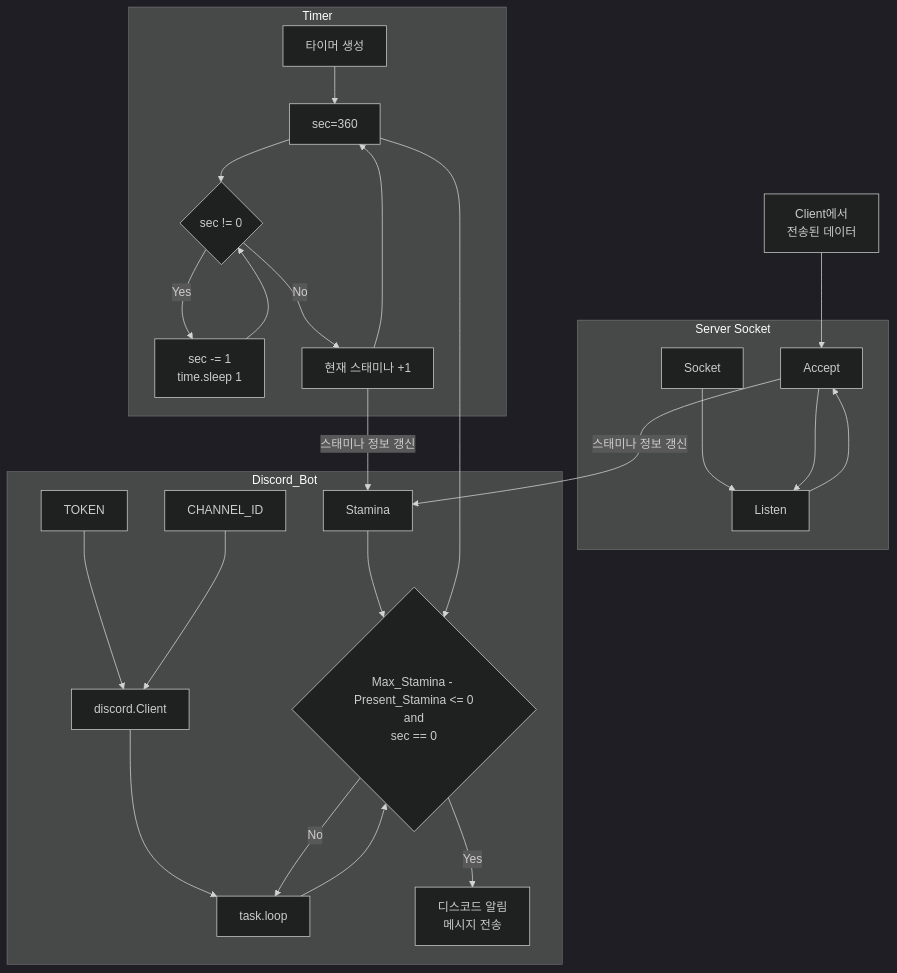
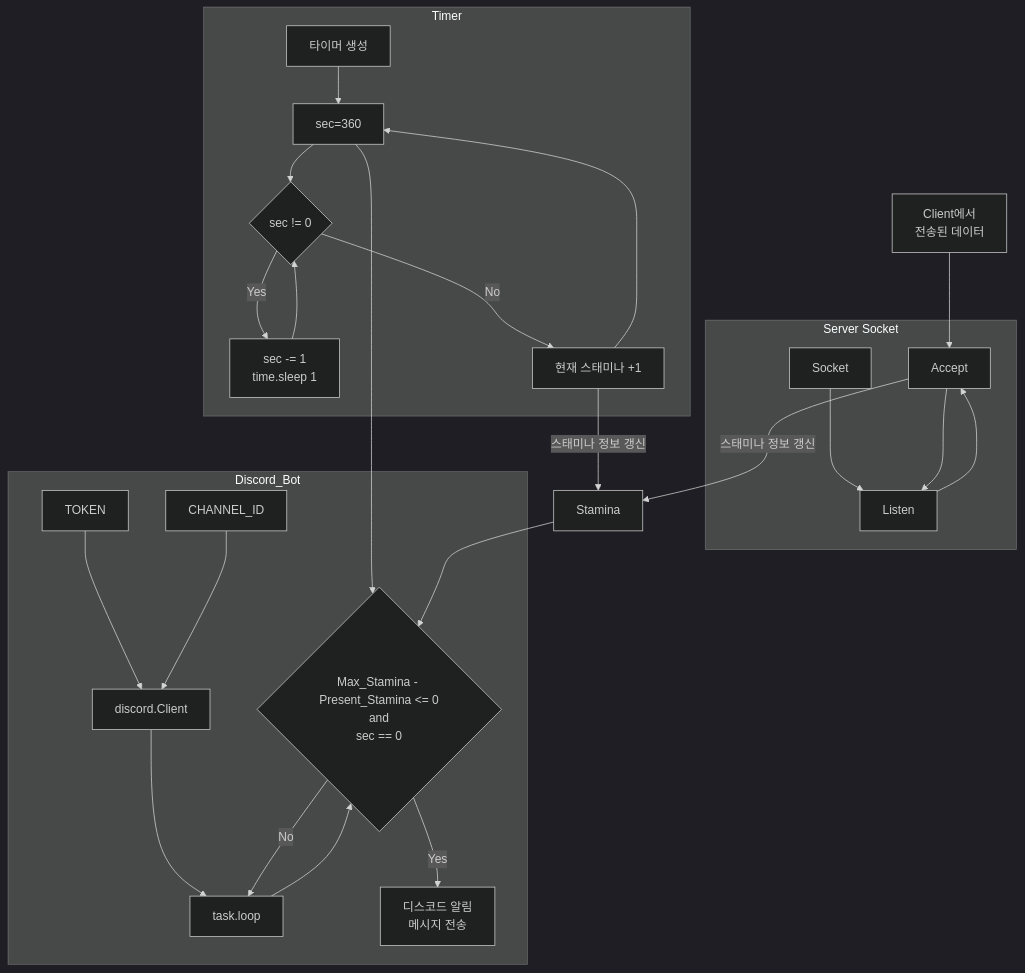
The third of 3 diagrams in README.md (201710808/Game-Stamina-Alarm), drawn with Mermaid (dark theme) before and after one commit. The commit also changed other lines of this file, not shown here.

````diff
--- a/README.md
+++ b/README.md
@@ -55,32 +55,32 @@
 ```mermaid
 graph TB;
     data[Client에서\n전송된 데이터]-->Accept;
 
     subgraph Server Socket;
     Socket-->Listen;
     Listen-->Accept;
     end;
     Accept-->|스태미나 정보 갱신|Stamina;
     Accept-->Listen;
 
     subgraph Timer;
     timer_start[타이머 생성]-->sec;
     sec[sec=360]-->condition{sec != 0};
     condition-->|"Yes"|process_time[sec -= 1\ntime.sleep 1];
     process_time-->condition;
     condition-->|"No"|sync_stamina[현재 스태미나 +1];
     sync_stamina-->sec;
     end;
     sync_stamina-->|스태미나 정보 갱신|Stamina;
 
     subgraph Discord_Bot;
     TOKEN-->Client[discord.Client];
     CHANNEL_ID-->Client;
     Client-->task.loop;
     task.loop-->discord_condition{Max_Stamina - Present_Stamina <= 0\nand\nsec == 0};
-    Stamina-->discord_condition;
     sec-->discord_condition;
     discord_condition-->|"Yes"|discord_message[디스코드 알림\n메시지 전송]
     discord_condition-->|"No"|task.loop;
     end;
+    Stamina-->discord_condition;
 ```
````
